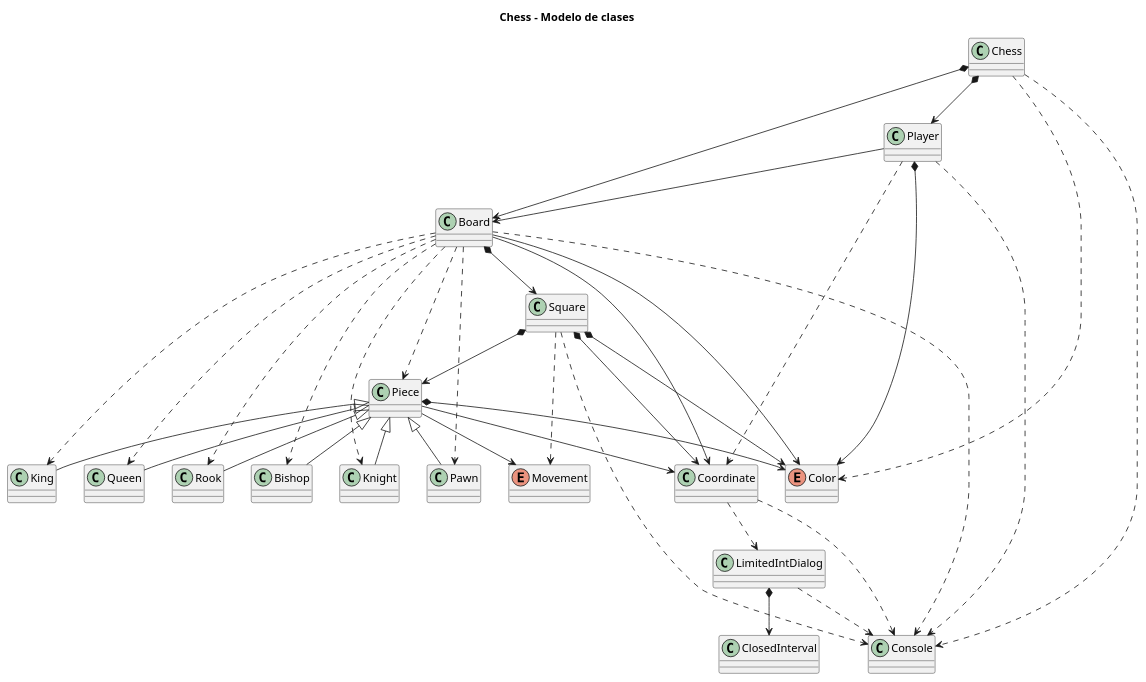
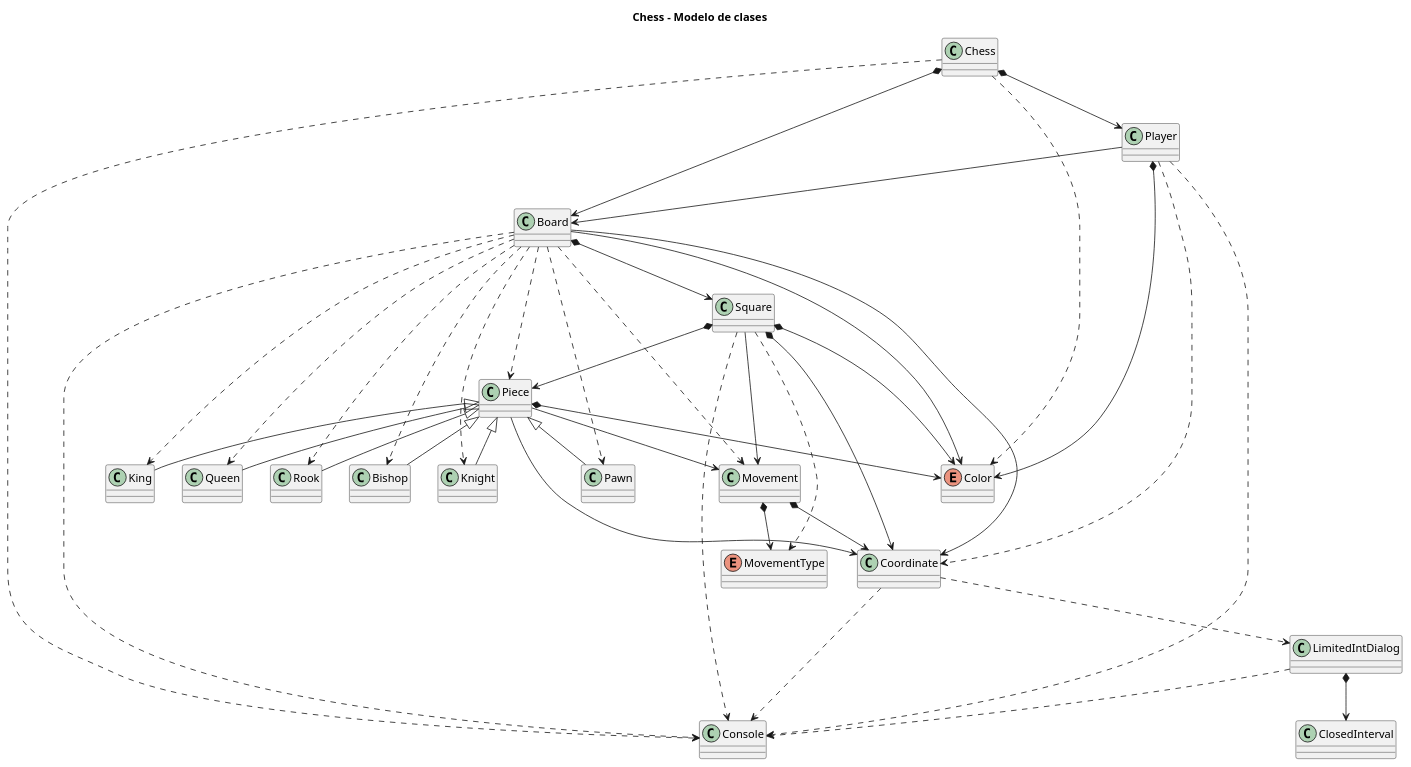
Before and after one commit to Master-Desarrollo-20-21/ejercicio-4-ajedrez-polimorfismo-menthil: the diagram in chess/diagramas/diagrama-clases.puml, drawn with PlantUML. The commit also changed 12 other files, not shown here.

```diff
--- a/chess/diagramas/diagrama-clases.puml
+++ b/chess/diagramas/diagrama-clases.puml
@@ -1,89 +1,96 @@
 @startuml
 
 title Chess - Modelo de clases
 
 Class Chess
 
 Chess *--> Board
 Chess *--> Player
 Chess ..> Color
 Chess ..> Console
 
 Class Board
 
 Board *--> Square
 Board --> Color
 Board --> Coordinate
 Board ..> Piece
 Board ..> King
 Board ..> Queen
 Board ..> Rook
 Board ..> Bishop
 Board ..> Knight
 Board ..> Pawn
 Board ..> Console
+Board ..> Movement
 
 Class Player
 
 Player *--> Color
 Player --> Board
 Player ..> Coordinate
 Player ..> Console
 
 Class Console
 
 Enum Color
 
 Class Square
 
 Square *--> Piece
 Square *--> Color
 Square *--> Coordinate
+Square --> Movement
 Square ..> Console
-Square ..> Movement
+Square ..> MovementType
 
 Class Coordinate
 
 Coordinate ..> Console
 Coordinate ..> LimitedIntDialog
 
-Enum Movement
+Class Movement
+
+Movement *--> Coordinate
+Movement *--> MovementType
+
+Enum MovementType 
 
 Class Piece
 
 Piece *--> Color
 Piece --> Coordinate
 Piece --> Movement
 
 Class King
 
 Piece <|-- King
 
 Class Queen
 
 Piece <|-- Queen
 
 Class Rook
 
 Piece <|-- Rook
 
 Class Bishop
 
 Piece <|-- Bishop
 
 Class Knight
 
 Piece <|-- Knight
 
 Class Pawn
 
 Piece <|-- Pawn
 
 Class LimitedIntDialog
 
 LimitedIntDialog *--> ClosedInterval
 LimitedIntDialog ..> Console
 
 Class ClosedInterval
 
 @enduml
```
